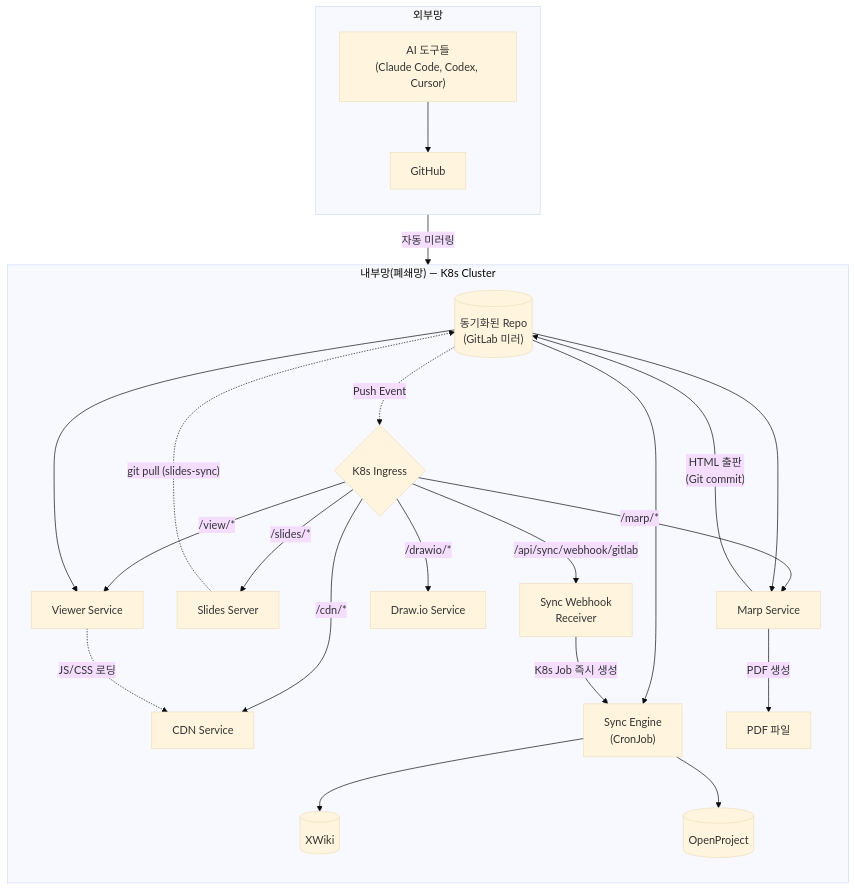
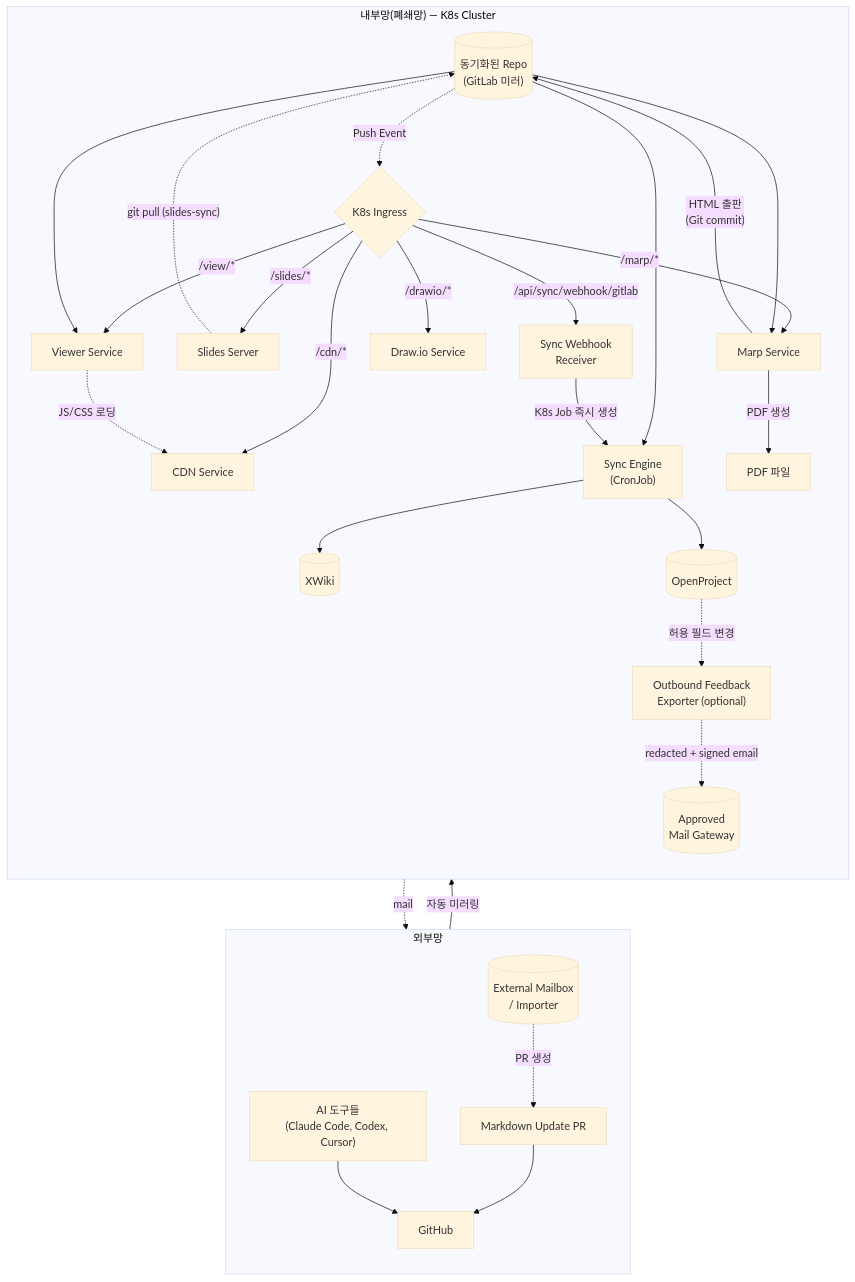
Before and after one commit to sch0718/synctx: the first of 2 diagrams in README.md, drawn with Mermaid (base theme). The commit also changed other lines of this file and 2 other files, not shown here.

First line of the commit message:
docs: 제한적 Outbound Feedback Exporter 설계 추가 (Phase 7 선택)

````diff
--- a/README.md
+++ b/README.md
@@ -42,51 +43,63 @@
 ```mermaid
 flowchart TB
     subgraph External["외부망"]
         direction TB
         AI["AI 도구들<br>(Claude Code, Codex, Cursor)"]
         GitHub["GitHub"]
+        ExternalInbox[("External Mailbox<br>/ Importer")]
+        PR["Markdown Update PR"]
+
         AI --> GitHub
+        ExternalInbox -. "PR 생성" .-> PR
+        PR --> GitHub
     end
 
     subgraph Internal["내부망(폐쇄망) — K8s Cluster"]
         direction TB
         GitLab[("동기화된 Repo<br>(GitLab 미러)")]
         GitHub -- "자동 미러링" --> GitLab
 
         Ingress{"K8s Ingress"}
         Viewer["Viewer Service"]
         CDN["CDN Service"]
         Drawio["Draw.io Service"]
         Marp["Marp Service"]
         Slides["Slides Server"]
         SyncWebhook["Sync Webhook<br>Receiver"]
         Sync["Sync Engine<br>(CronJob)"]
+        Feedback["Outbound Feedback<br>Exporter (optional)"]
+        MailGateway[("Approved<br>Mail Gateway")]
 
         XWiki[("XWiki")]
         OP[("OpenProject")]
 
         GitLab -. "Push Event" .-> Ingress
 
         Ingress -- "/view/*" --> Viewer
         Ingress -- "/cdn/*" --> CDN
         Ingress -- "/slides/*" --> Slides
         Ingress -- "/marp/*" --> Marp
         Ingress -- "/drawio/*" --> Drawio
         Ingress -- "/api/sync/webhook/gitlab" --> SyncWebhook
 
         GitLab --> Viewer
         GitLab --> Marp
         GitLab --> Sync
 
         Viewer -. "JS/CSS 로딩" .-> CDN
 
         Marp -- "PDF 생성" --> PDF["PDF 파일"]
         Marp -- "HTML 출판<br>(Git commit)" --> GitLab
 
         Slides -. "git pull (slides-sync)" .-> GitLab
 
         SyncWebhook -- "K8s Job 즉시 생성" --> Sync
         Sync --> XWiki
         Sync --> OP
+
+        OP -. "허용 필드 변경" .-> Feedback
+        Feedback -. "redacted + signed email" .-> MailGateway
     end
+
+    MailGateway -. "mail" .-> ExternalInbox
 ```
````
